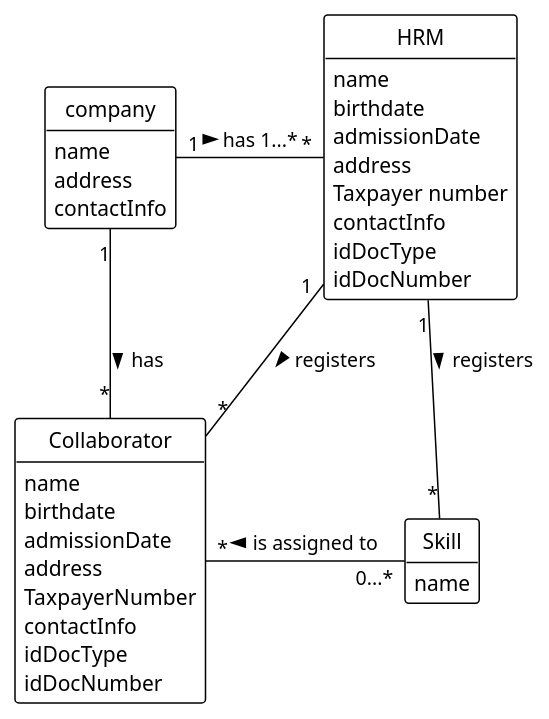
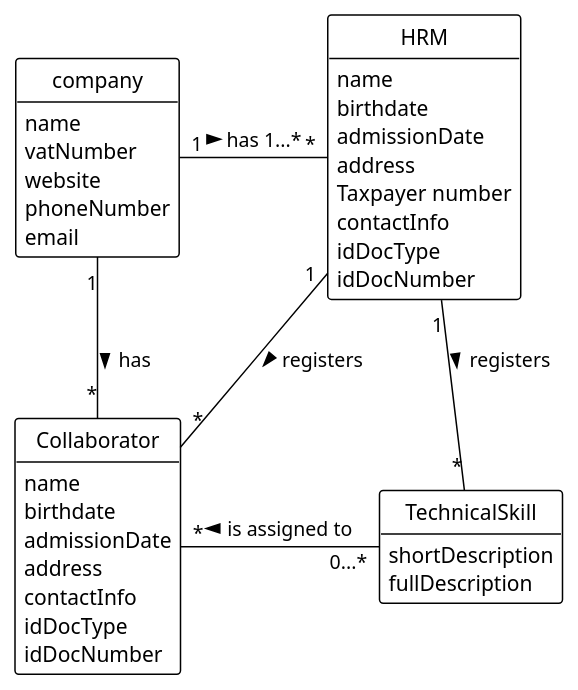
Before and after one commit to RicardoMorim/lapr2-ISEP-Project: the diagram in docs/sprintA/us004/02.analysis/puml/004-domain-model.puml, drawn with PlantUML. The commit also changed 4 other files, not shown here.

```diff
--- a/docs/sprintA/us004/02.analysis/puml/004-domain-model.puml
+++ b/docs/sprintA/us004/02.analysis/puml/004-domain-model.puml
@@ -1,48 +1,49 @@
 @startuml
 !theme plain
 
 'left to right direction
 
 hide methods
 hide circle
 
 class company{
-     name
-     address
-     contactInfo
-
+         name
+         vatNumber
+         website
+         phoneNumber
+         email
 }
 
 class Collaborator {
      name
      birthdate
      admissionDate
      address
-     TaxpayerNumber
      contactInfo
      idDocType
      idDocNumber
 }
 
-class Skill {
-    name
+class TechnicalSkill {
+        shortDescription
+        fullDescription
 }
 
 class HRM {
     name
     birthdate
     admissionDate
     address
     Taxpayer number
     contactInfo
     idDocType
     idDocNumber
 }
 
 company "1" - "*" HRM : has 1...* >
 company "1" -- "*" Collaborator : has >
-HRM "1" -- "*" Skill : registers >
+HRM "1" -- "*" TechnicalSkill : registers >
 HRM "1" - "*" Collaborator : registers >
-Skill "0...*" -left "*" Collaborator : is assigned to >
+TechnicalSkill "0...*" -left "*" Collaborator : is assigned to >
 
 @enduml
```
